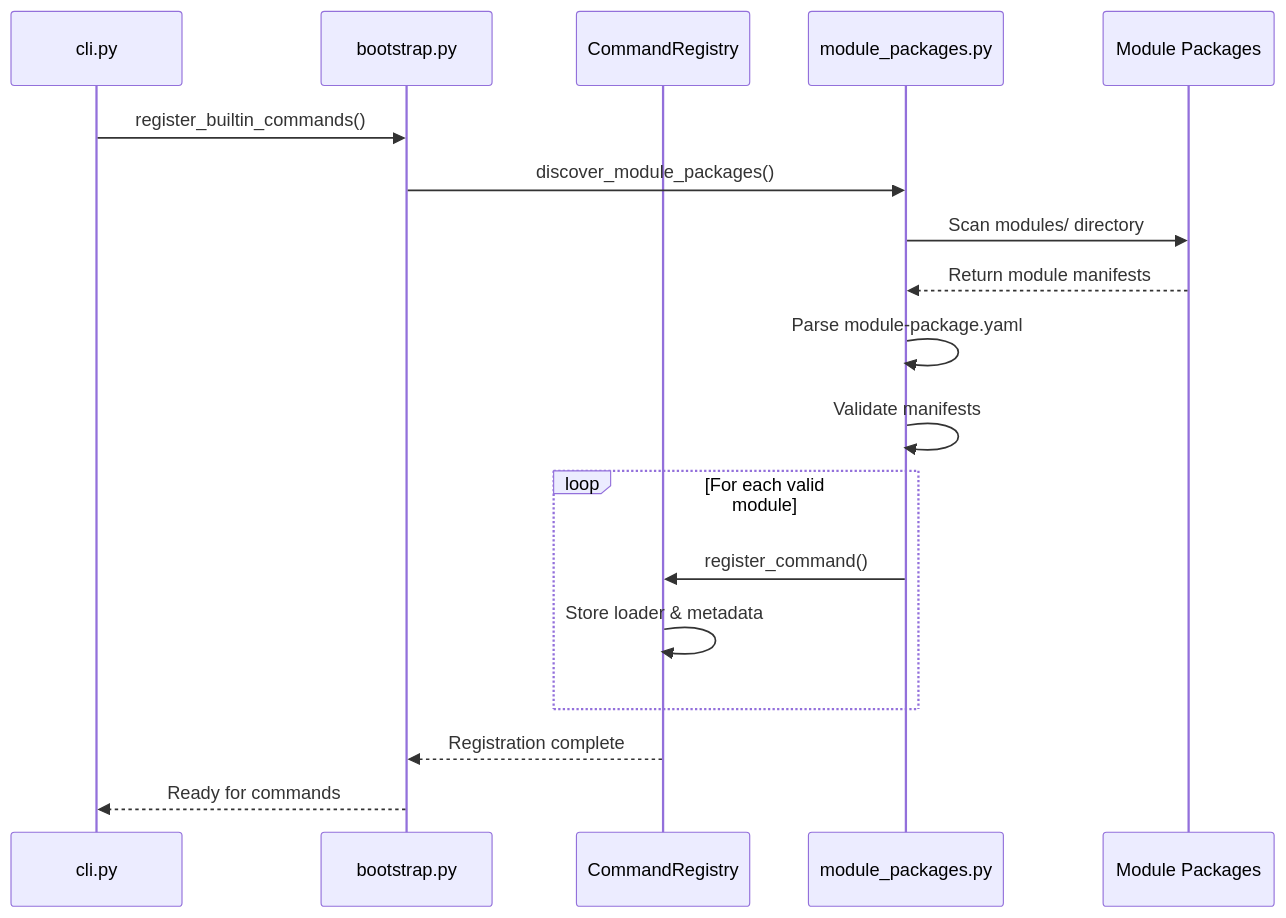
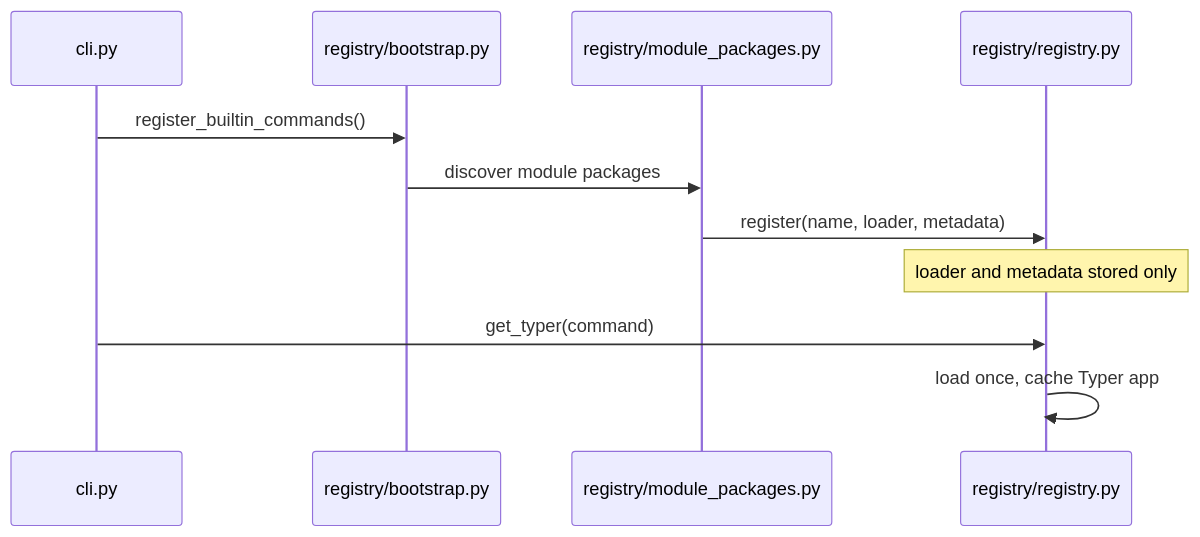
The diagram in docs/architecture/module-system.md (nold-ai/specfact-cli), drawn with Mermaid before and after one commit. The commit also changed other lines of this file and 65 other files, not shown here.

Commit message:
chore(openspec): archive completed changes and align architecture docs

````diff
--- a/docs/architecture/module-system.md
+++ b/docs/architecture/module-system.md
@@ -56,23 +9,14 @@
 ```mermaid
 sequenceDiagram
     participant CLI as cli.py
-    participant Bootstrap as bootstrap.py
-    participant Registry as CommandRegistry
-    participant Discovery as module_packages.py
-    participant Modules as Module Packages
-    
+    participant Bootstrap as registry/bootstrap.py
+    participant Discovery as registry/module_packages.py
+    participant Registry as registry/registry.py
+
     CLI->>Bootstrap: register_builtin_commands()
-    Bootstrap->>Discovery: discover_module_packages()
-    Discovery->>Modules: Scan modules/ directory
-    Modules-->>Discovery: Return module manifests
-    Discovery->>Discovery: Parse module-package.yaml
-    Discovery->>Discovery: Validate manifests
-    
-    loop For each valid module
-        Discovery->>Registry: register_command()
-        Registry->>Registry: Store loader & metadata
-    end
-    
-    Registry-->>Bootstrap: Registration complete
-    Bootstrap-->>CLI: Ready for commands
+    Bootstrap->>Discovery: discover module packages
+    Discovery->>Registry: register(name, loader, metadata)
+    Note over Registry: loader and metadata stored only
+    CLI->>Registry: get_typer(command)
+    Registry->>Registry: load once, cache Typer app
 ```
````
